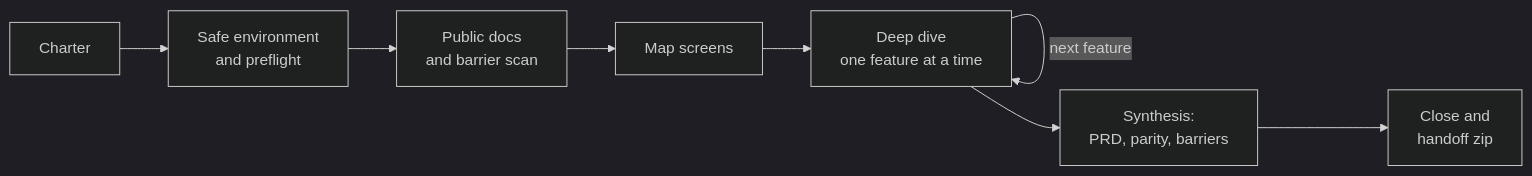
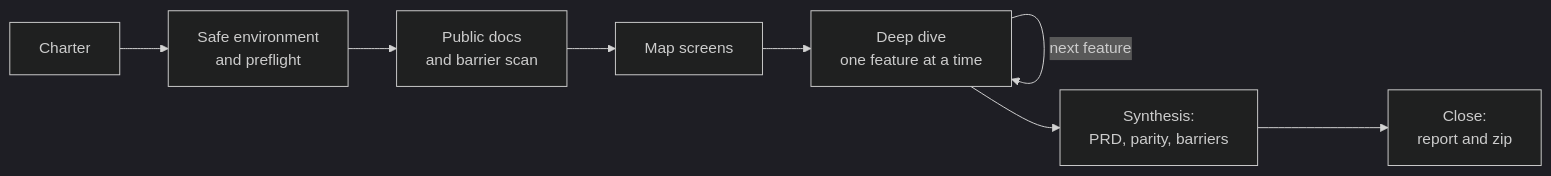
The diagram in README.md (AndreAssaiante/res), drawn with Mermaid (dark theme) before and after one commit. The commit also changed other lines of this file and 7 other files, not shown here.

````diff
--- a/README.md
+++ b/README.md
@@ -106,10 +110,10 @@
 ```mermaid
 flowchart LR
     A[Charter] --> B[Safe environment<br/>and preflight]
     B --> C[Public docs<br/>and barrier scan]
     C --> D[Map screens]
     D --> E[Deep dive<br/>one feature at a time]
     E -->|next feature| E
     E --> F[Synthesis:<br/>PRD, parity, barriers]
-    F --> G[Close and<br/>handoff zip]
+    F --> G[Close:<br/>report and zip]
 ```
````
